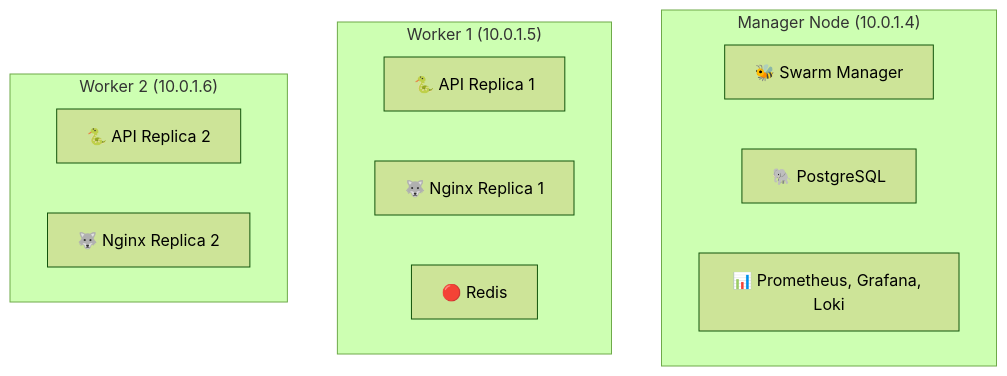
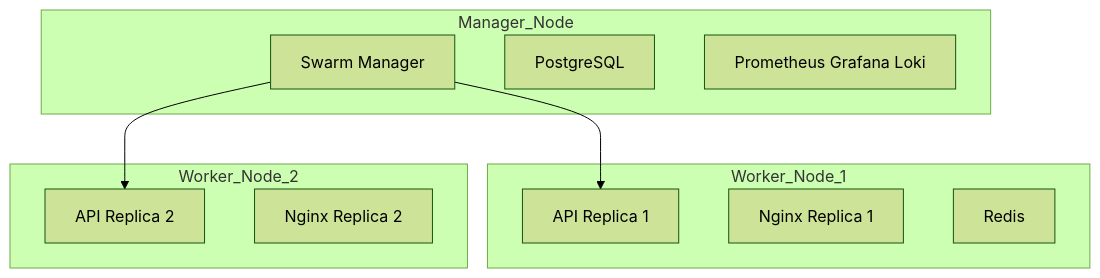
One commit to rajim59/SwarmFort changed the fifth of 5 diagrams in docs/architecture.md. Above: the diagram before and after it, drawn with Mermaid (forest theme). The commit also changed other lines of this file, not shown here.

Commit message:
chore: remove redundant and disconnected scripts (rootless, canary, rolling-update) to clean up architecture

````diff
--- a/docs/architecture.md
+++ b/docs/architecture.md
@@ -176,19 +208,29 @@
 ```mermaid
 graph TB
-    subgraph "Manager Node (10.0.1.4)"
-        M_Swarm[🐝 Swarm Manager]
-        M_DB[🐘 PostgreSQL]
-        M_Mon[📊 Prometheus, Grafana, Loki]
+
+    subgraph Manager_Node
+
+        SwarmManager["Swarm Manager"]
+        PostgreSQL["PostgreSQL"]
+        Monitoring["Prometheus Grafana Loki"]
+
     end
 
-    subgraph "Worker 1 (10.0.1.5)"
-        W1_API[🐍 API Replica 1]
-        W1_Nginx[🐺 Nginx Replica 1]
-        W1_Redis[🔴 Redis]
+    subgraph Worker_Node_1
+
+        API1["API Replica 1"]
+        Nginx1["Nginx Replica 1"]
+        Redis["Redis"]
+
     end
 
-    subgraph "Worker 2 (10.0.1.6)"
-        W2_API[🐍 API Replica 2]
-        W2_Nginx[🐺 Nginx Replica 2]
+    subgraph Worker_Node_2
+
+        API2["API Replica 2"]
+        Nginx2["Nginx Replica 2"]
+
     end
+
+    SwarmManager --> API1
+    SwarmManager --> API2
 ```
````
